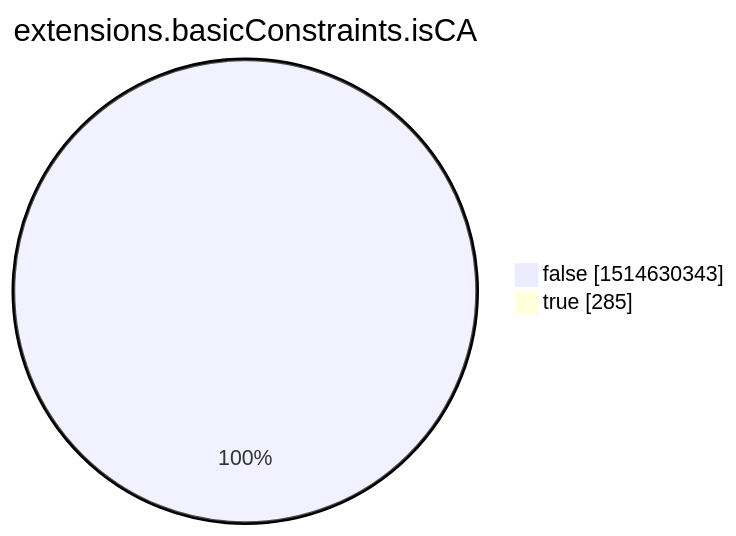
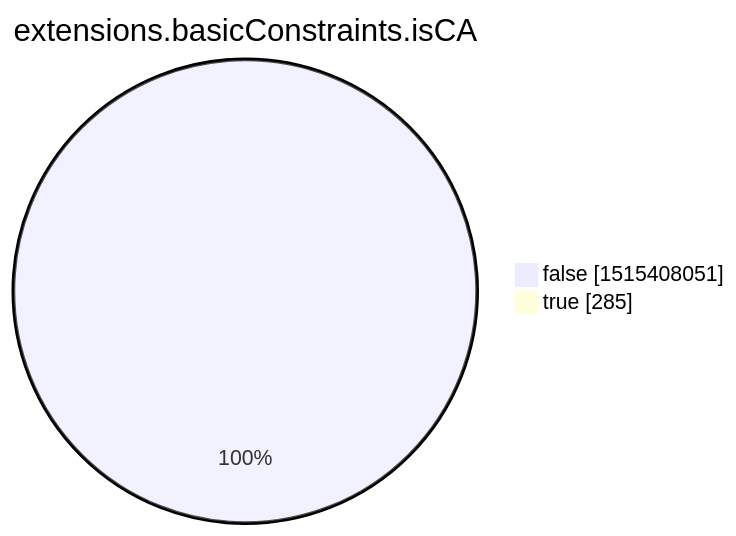
Before and after one commit to christiankrug/ctmonitor_visualization: the eighth of 15 diagrams in xenon2022/README.md, drawn with Mermaid. The commit also changed other lines of this file, not shown here.

````diff
--- a/xenon2022/README.md
+++ b/xenon2022/README.md
@@ -2854,6 +2854,6 @@
 ```mermaid
 pie showData
 title extensions.basicConstraints.isCA
-"false" :1514630343
+"false" :1515408051
 "true" :285
 ```
````
